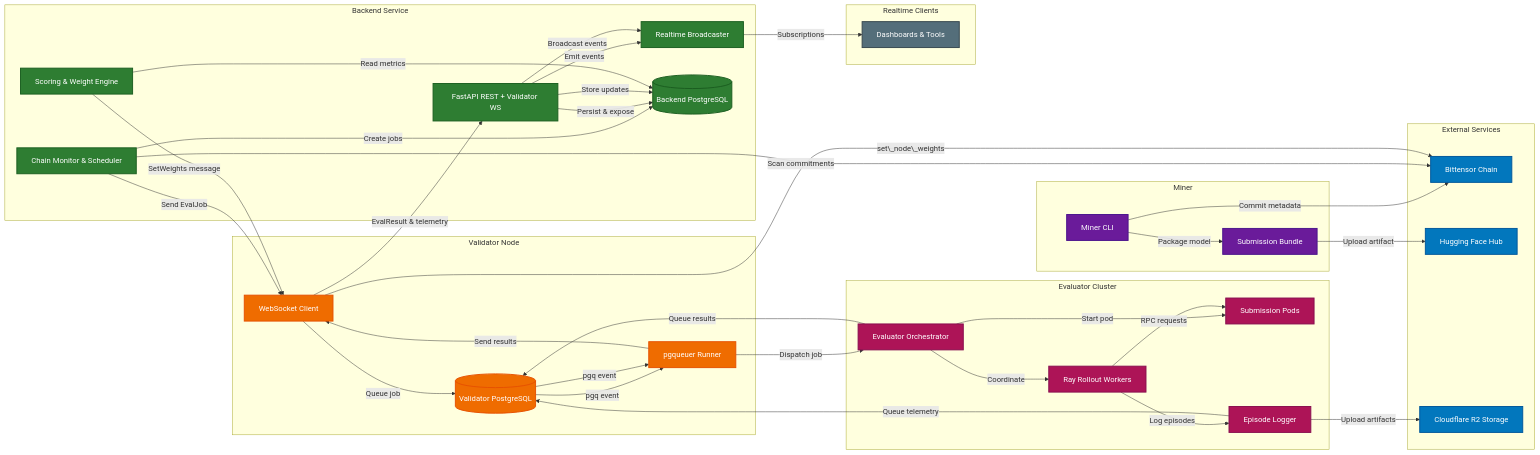
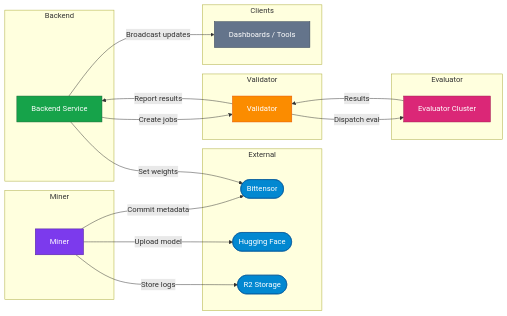
The diagram in docs/architecture/introduction.md (threetau/kinitro), drawn with Mermaid before and after one commit. The commit also changed 2 other files, not shown here.

Commit message:
chore: update readme, intro, move demo script

````diff
--- a/docs/architecture/introduction.md
+++ b/docs/architecture/introduction.md
@@ -18,91 +18,48 @@
 ```mermaid
-graph LR
-    %% External Infrastructure
-    subgraph "External Services"
-        BT[Bittensor Chain]
-        HF[Hugging Face Hub]
-        R2[Cloudflare R2 Storage]
-    end
+flowchart LR
 
-    %% Miner
-    subgraph Miner
-        MC[Miner CLI]
-        SB[Submission Bundle]
-    end
+  %% External systems
+  subgraph EXT[External]
+    BT([Bittensor]):::external
+    HF([Hugging Face]):::external
+    R2([R2 Storage]):::external
+  end
 
-    %% Backend
-    subgraph "Backend Service"
-        CM[Chain Monitor & Scheduler]
-        API[FastAPI REST + Validator WS]
-        RT[Realtime Broadcaster]
-        SCORE[Scoring & Weight Engine]
-        BDB[(Backend PostgreSQL)]
-    end
+  %% Core systems
+  subgraph MNR[Miner]
+    MIN["Miner"]:::miner
+  end
+  subgraph BE[Backend]
+    BEC["Backend Service"]:::backend
+  end
+  subgraph VAL[Validator]
+    VALN["Validator"]:::validator
+  end
+  subgraph EVAL[Evaluator]
+    EVN["Evaluator Cluster"]:::evaluator
+  end
+  subgraph OBS[Clients]
+    CLN["Dashboards / Tools"]:::clients
+  end
 
-    %% Validator
-    subgraph "Validator Node"
-        WV[WebSocket Client]
-        VDB[(Validator PostgreSQL)]
-        PQ[pgqueuer Runner]
-    end
+  %% Simplified flows
+  MIN -- "Commit metadata" --> BT
+  MIN -- "Upload model" --> HF
+  MIN -- "Store logs" --> R2
 
-    %% Evaluator
-    subgraph "Evaluator Cluster"
-        ORC[Evaluator Orchestrator]
-        POD[Submission Pods]
-        RAY[Ray Rollout Workers]
-        LOG[Episode Logger]
-    end
+  BEC -- "Create jobs" --> VALN
+  VALN -- "Dispatch eval" --> EVN
+  EVN -- "Results" --> VALN
+  VALN -- "Report results" --> BEC
 
-    %% Observers
-    subgraph "Realtime Clients"
-        DASH[Dashboards & Tools]
-    end
+  BEC -- "Broadcast updates" --> CLN
+  BEC -- "Set weights" --> BT
 
-    MC -->|Package model| SB
-    SB -->|Upload artifact| HF
-    MC -->|Commit metadata| BT
-
-    CM -->|Scan commitments| BT
-    CM -->|Create jobs| BDB
-    CM -->|Send EvalJob| WV
-    API -->|Persist & expose| BDB
-    API -->|Emit events| RT
-    RT -->|Subscriptions| DASH
-
-    WV -->|Queue job| VDB
-    VDB -->|pgq event| PQ
-    PQ -->|Dispatch job| ORC
-
-    ORC -->|Start pod| POD
-    ORC -->|Coordinate| RAY
-    RAY -->|RPC requests| POD
-    RAY -->|Log episodes| LOG
-    LOG -->|Upload artifacts| R2
-    LOG -->|Queue telemetry| VDB
-    ORC -->|Queue results| VDB
-
-    VDB -->|pgq event| PQ
-    PQ -->|Send results| WV
-    WV -->|EvalResult & telemetry| API
-    API -->|Store updates| BDB
-    API -->|Broadcast events| RT
-
-    SCORE -->|Read metrics| BDB
-    SCORE -->|SetWeights message| WV
-    WV -->|set\_node\_weights| BT
-
-    classDef external fill:#0277bd,color:#fff,stroke:#01579b,stroke-width:2px
-    classDef miner fill:#6a1b9a,color:#fff,stroke:#4a148c,stroke-width:2px
-    classDef backend fill:#2e7d32,color:#fff,stroke:#1b5e20,stroke-width:2px
-    classDef validator fill:#ef6c00,color:#fff,stroke:#e65100,stroke-width:2px
-    classDef evaluator fill:#ad1457,color:#fff,stroke:#880e4f,stroke-width:2px
-    classDef clients fill:#546e7a,color:#fff,stroke:#37474f,stroke-width:2px
-
-    class BT,HF,R2 external
-    class MC,SB miner
-    class CM,API,RT,SCORE,BDB backend
-    class WV,VDB,PQ validator
-    class ORC,POD,RAY,LOG evaluator
-    class DASH clients
+  %% Styles
+  classDef external fill:#0288d1,stroke:#01579b,color:#fff
+  classDef miner fill:#7c3aed,stroke:#4c1d95,color:#fff
+  classDef backend fill:#16a34a,stroke:#166534,color:#fff
+  classDef validator fill:#fb8c00,stroke:#e65100,color:#fff
+  classDef evaluator fill:#db2777,stroke:#9d174d,color:#fff
+  classDef clients fill:#64748b,stroke:#334155,color:#fff
 ```
````
